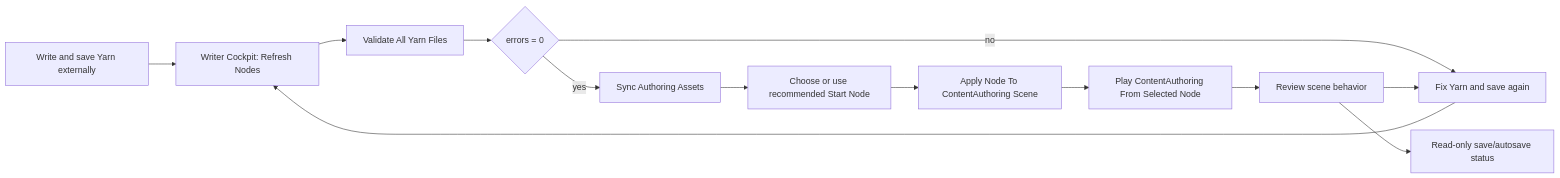
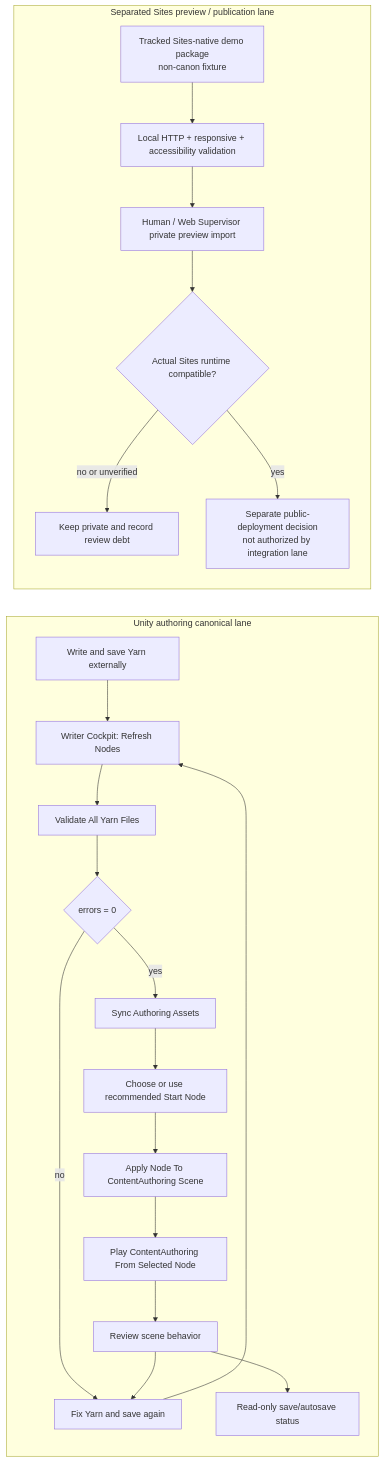
The diagram in docs/PROJECT_PIPELINE.mmd (YuShimoji/UnityChatNovelGame), drawn with Mermaid before and after one commit. The commit also changed 14 other files, not shown here.

Commit message:
feat(web): add Sites-native FoundPhone demo

```diff
--- a/docs/PROJECT_PIPELINE.mmd
+++ b/docs/PROJECT_PIPELINE.mmd
@@ -1,13 +1,23 @@
 flowchart LR
-    A["Write and save Yarn externally"] --> B["Writer Cockpit: Refresh Nodes"]
-    B --> C["Validate All Yarn Files"]
-    C --> D{"errors = 0"}
-    D -- "no" --> E["Fix Yarn and save again"]
-    E --> B
-    D -- "yes" --> F["Sync Authoring Assets"]
-    F --> G["Choose or use recommended Start Node"]
-    G --> H["Apply Node To ContentAuthoring Scene"]
-    H --> I["Play ContentAuthoring From Selected Node"]
-    I --> J["Review scene behavior"]
-    J --> K["Read-only save/autosave status"]
-    J --> E
+    subgraph Authoring["Unity authoring canonical lane"]
+        A["Write and save Yarn externally"] --> B["Writer Cockpit: Refresh Nodes"]
+        B --> C["Validate All Yarn Files"]
+        C --> D{"errors = 0"}
+        D -- "no" --> E["Fix Yarn and save again"]
+        E --> B
+        D -- "yes" --> F["Sync Authoring Assets"]
+        F --> G["Choose or use recommended Start Node"]
+        G --> H["Apply Node To ContentAuthoring Scene"]
+        H --> I["Play ContentAuthoring From Selected Node"]
+        I --> J["Review scene behavior"]
+        J --> K["Read-only save/autosave status"]
+        J --> E
+    end
+
+    subgraph Publication["Separated Sites preview / publication lane"]
+        L["Tracked Sites-native demo package<br/>non-canon fixture"] --> M["Local HTTP + responsive + accessibility validation"]
+        M --> N["Human / Web Supervisor private preview import"]
+        N --> O{"Actual Sites runtime compatible?"}
+        O -- "no or unverified" --> P["Keep private and record review debt"]
+        O -- "yes" --> Q["Separate public-deployment decision<br/>not authorized by integration lane"]
+    end
```
